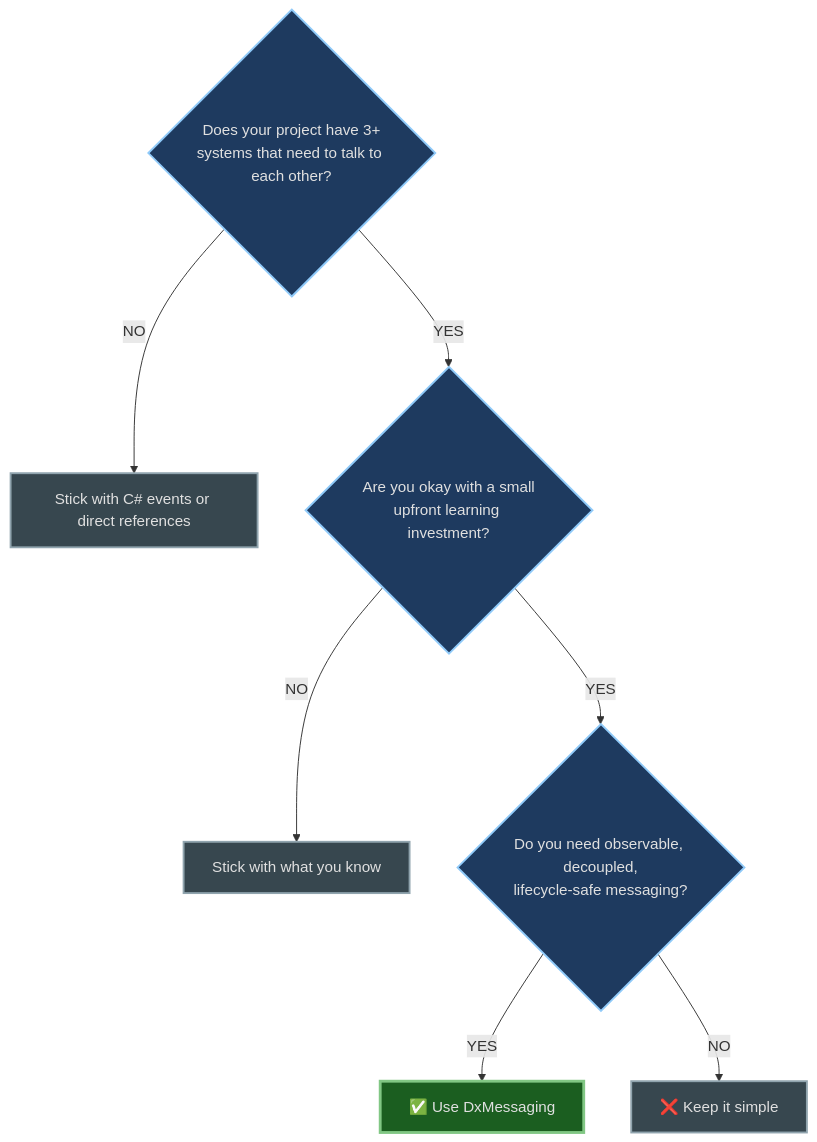
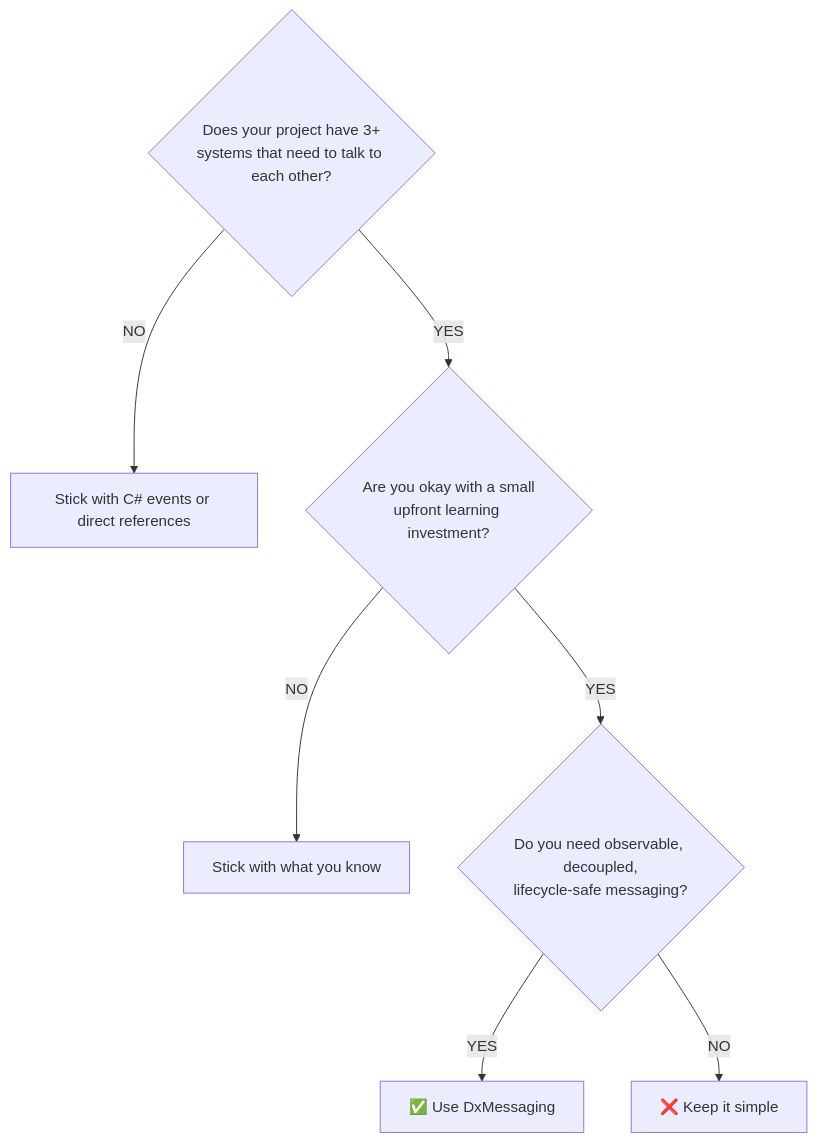
One commit to wallstop/DxMessaging changed the first of 2 diagrams in README.md. Above: the diagram before and after it, drawn with Mermaid. The commit also changed other lines of this file and 6 other files, not shown here.

````diff
--- a/README.md
+++ b/README.md
@@ -221,22 +221,14 @@
 ```mermaid
 flowchart TD
     Q1{Does your project have 3+<br/>systems that need to talk to each other?}
     Q1 -->|NO| A1[Stick with C# events or direct references]
     Q1 -->|YES| Q2
 
     Q2{Are you okay with a small<br/>upfront learning investment?}
     Q2 -->|NO| A2[Stick with what you know]
     Q2 -->|YES| Q3
 
     Q3{Do you need observable, decoupled,<br/>lifecycle-safe messaging?}
     Q3 -->|YES| A3["✅ Use DxMessaging"]
     Q3 -->|NO| A4["❌ Keep it simple"]
-
-    style Q1 fill:#1e3a5f,stroke:#90caf9,stroke-width:2px,color:#e0e0e0
-    style Q2 fill:#1e3a5f,stroke:#90caf9,stroke-width:2px,color:#e0e0e0
-    style Q3 fill:#1e3a5f,stroke:#90caf9,stroke-width:2px,color:#e0e0e0
-    style A1 fill:#37474f,stroke:#90a4ae,stroke-width:2px,color:#e0e0e0
-    style A2 fill:#37474f,stroke:#90a4ae,stroke-width:2px,color:#e0e0e0
-    style A3 fill:#1b5e20,stroke:#81c784,stroke-width:3px,color:#e0e0e0
-    style A4 fill:#37474f,stroke:#90a4ae,stroke-width:2px,color:#e0e0e0
 ```
````
